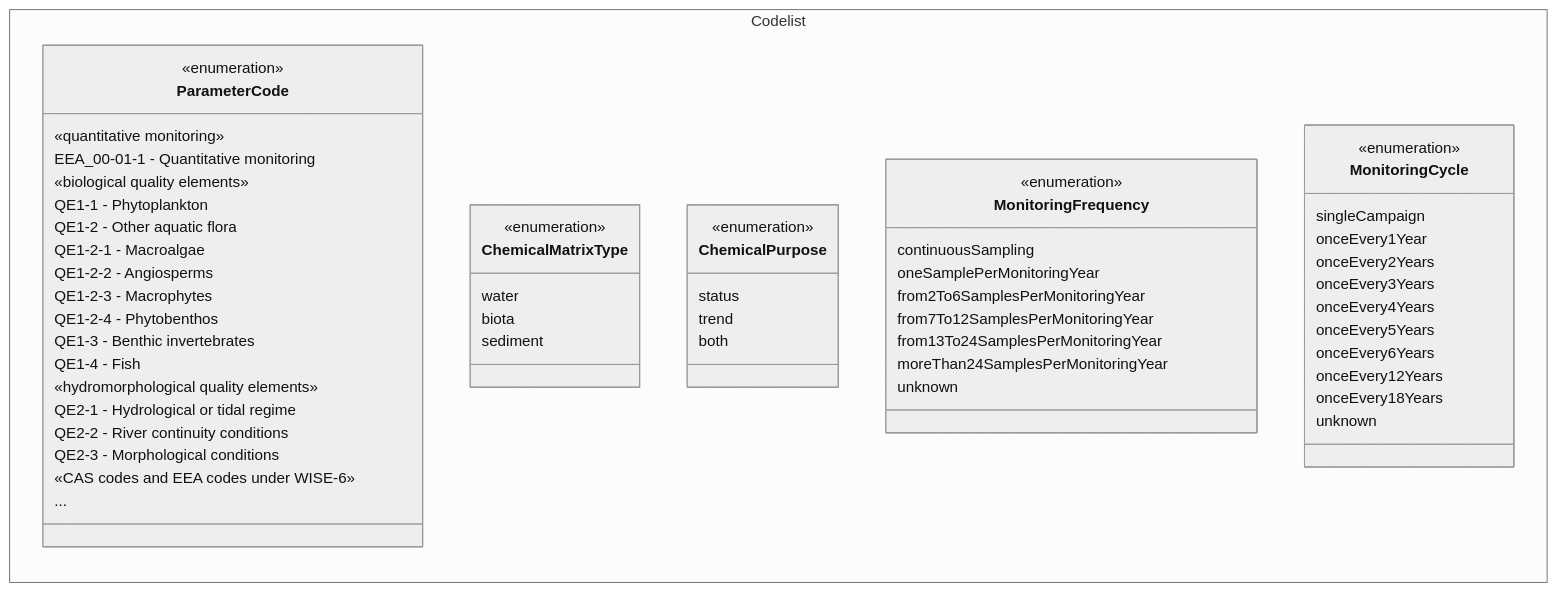
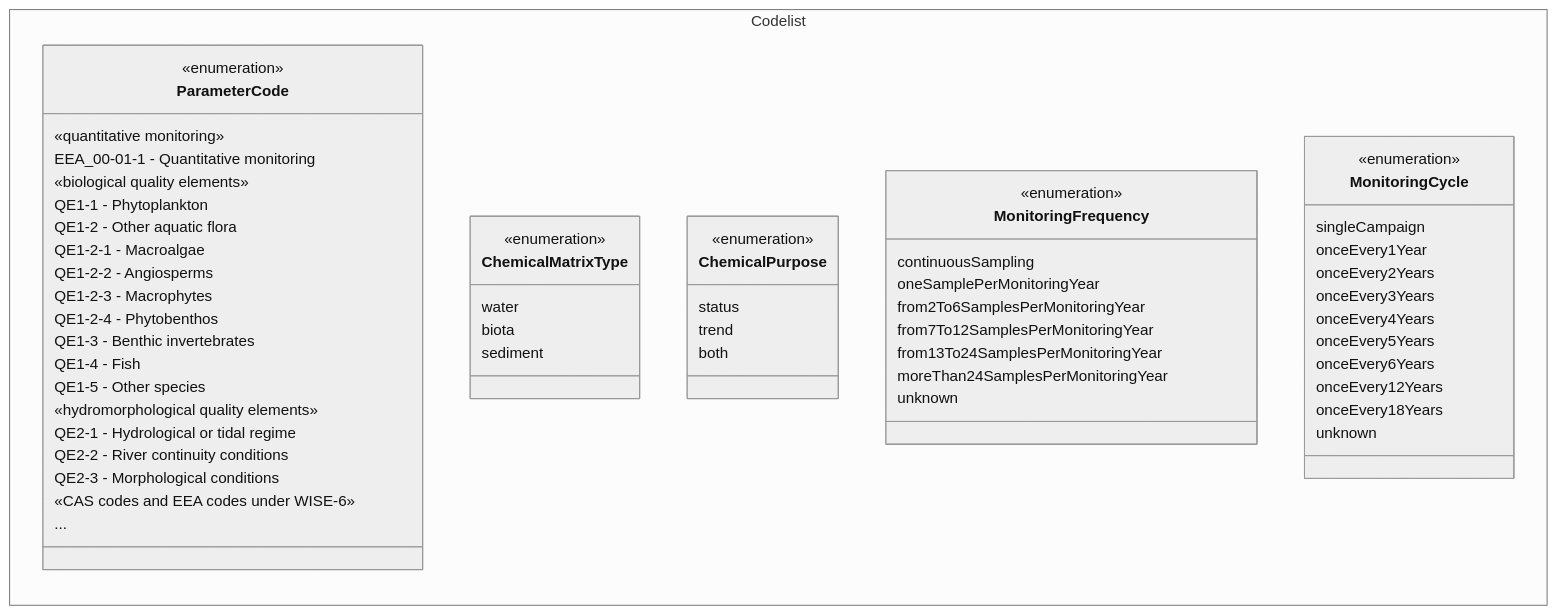
Before and after one commit to eeadata/WISE.WFD.Documentation: the third of 3 diagrams in docs/DataModelReview/WFDMonitoring.md, drawn with Mermaid. The commit also changed other lines of this file, not shown here.

````diff
--- a/docs/DataModelReview/WFDMonitoring.md
+++ b/docs/DataModelReview/WFDMonitoring.md
@@ -178,76 +264,75 @@
 ```{mermaid}
 :name: CodelistsDescriptiveMonitoring4thcycle
 :caption:  Codelists - Monitoring - 4ᵗʰ cycle
 :align: center
 :zoom:
 %%{init: {'theme': 'neutral'}}%%
 classDiagram
 direction LR
 namespace Codelist{
+class ParameterCode{
+  <<enumeration>>
 
-    class ParameterCode{
-      <<enumeration>>
+  «quantitative monitoring»
+  EEA_00-01-1 - Quantitative monitoring
 
-      «quantitative monitoring»
-      EEA_00-01-1 - Quantitative monitoring
+  «biological quality elements»
+  QE1-1 - Phytoplankton
+  QE1-2 - Other aquatic flora
+  QE1-2-1 - Macroalgae
+  QE1-2-2 - Angiosperms
+  QE1-2-3 - Macrophytes
+  QE1-2-4 - Phytobenthos
+  QE1-3 - Benthic invertebrates
+  QE1-4 - Fish
+  QE1-5 - Other species
 
-      «biological quality elements»
-      QE1-1 - Phytoplankton
-      QE1-2 - Other aquatic flora
-      QE1-2-1 - Macroalgae
-      QE1-2-2 - Angiosperms
-      QE1-2-3 - Macrophytes
-      QE1-2-4 - Phytobenthos
-      QE1-3 - Benthic invertebrates
-      QE1-4 - Fish
+  «hydromorphological quality elements»
+  QE2-1 - Hydrological or tidal regime
+  QE2-2 - River continuity conditions
+  QE2-3 - Morphological conditions
 
-      «hydromorphological quality elements»
-      QE2-1 - Hydrological or tidal regime
-      QE2-2 - River continuity conditions
-      QE2-3 - Morphological conditions
+  «CAS codes and EEA codes under WISE-6»
+  ...
+}
 
-      «CAS codes and EEA codes under WISE-6»
-      ...
+class ChemicalMatrixType{
+    <<enumeration>>
+    water
+    biota
+    sediment
     }
 
-    class ChemicalMatrixType{
-        <<enumeration>>
-        water
-        biota
-        sediment
-        }
+class ChemicalPurpose{
+    <<enumeration>>
+    status
+    trend
+    both
+    }   
 
-    class ChemicalPurpose{
-        <<enumeration>>
-        status
-        trend
-        both
-        }   
+class MonitoringFrequency{
+    <<enumeration>>
+    continuousSampling
+    oneSamplePerMonitoringYear
+    from2To6SamplesPerMonitoringYear
+    from7To12SamplesPerMonitoringYear
+    from13To24SamplesPerMonitoringYear
+    moreThan24SamplesPerMonitoringYear
+    unknown
+    }   
 
-    class MonitoringFrequency{
-        <<enumeration>>
-        continuousSampling
-        oneSamplePerMonitoringYear
-        from2To6SamplesPerMonitoringYear
-        from7To12SamplesPerMonitoringYear
-        from13To24SamplesPerMonitoringYear
-        moreThan24SamplesPerMonitoringYear
-        unknown
-        }   
-
-    class MonitoringCycle{
-        <<enumeration>>
-        singleCampaign
-        onceEvery1Year
-        onceEvery2Years
-        onceEvery3Years
-        onceEvery4Years
-        onceEvery5Years
-        onceEvery6Years
-        onceEvery12Years
-        onceEvery18Years
-        unknown
-        }   
+class MonitoringCycle{
+    <<enumeration>>
+    singleCampaign
+    onceEvery1Year
+    onceEvery2Years
+    onceEvery3Years
+    onceEvery4Years
+    onceEvery5Years
+    onceEvery6Years
+    onceEvery12Years
+    onceEvery18Years
+    unknown
+    }   
 }
-
 ```
````
